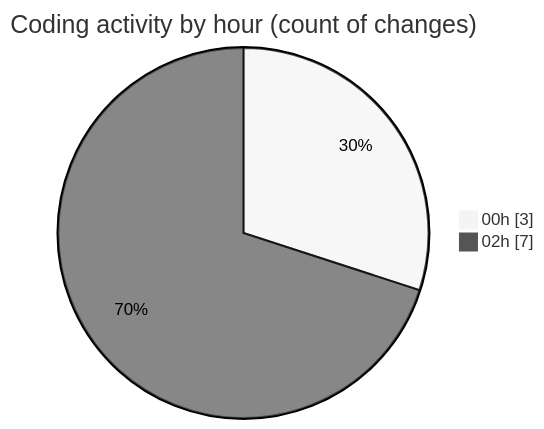
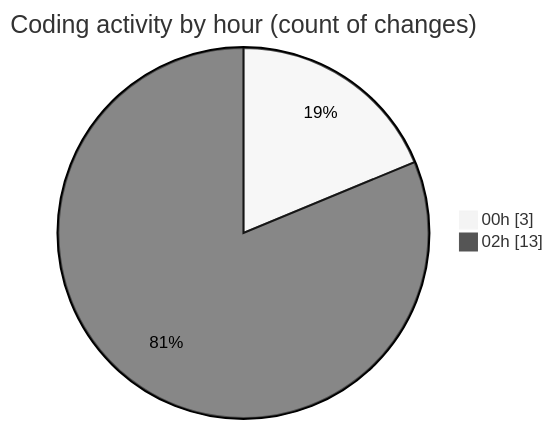
Before and after one commit to julien-gomy/code-tracking: the second of 2 diagrams in 2025-10-21/eventscop-api-guide__workspace_/README.md, drawn with Mermaid (neutral theme). The commit also changed other lines of this file and 1 other file, not shown here.

````diff
--- a/2025-10-21/eventscop-api-guide__workspace_/README.md
+++ b/2025-10-21/eventscop-api-guide__workspace_/README.md
@@ -31,6 +31,6 @@
 ```mermaid
 pie showData
 title Coding activity by hour (count of changes)
 "00h" : 3
-"02h" : 7
+"02h" : 13
 ```
````
